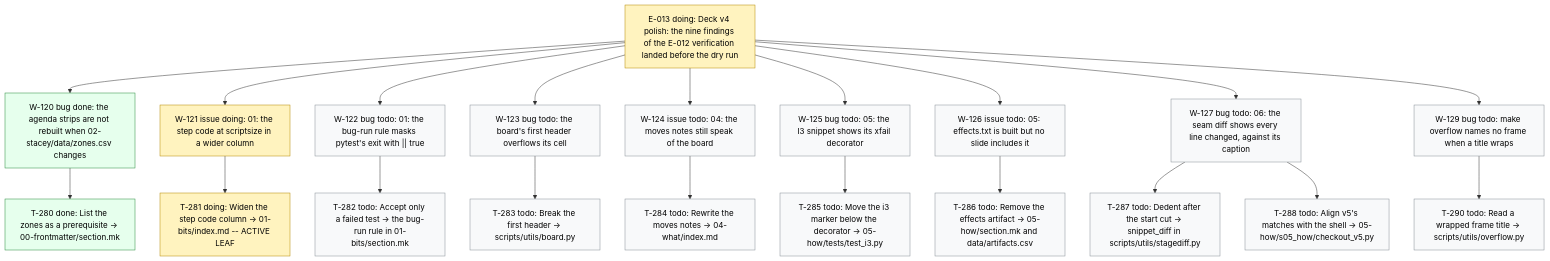
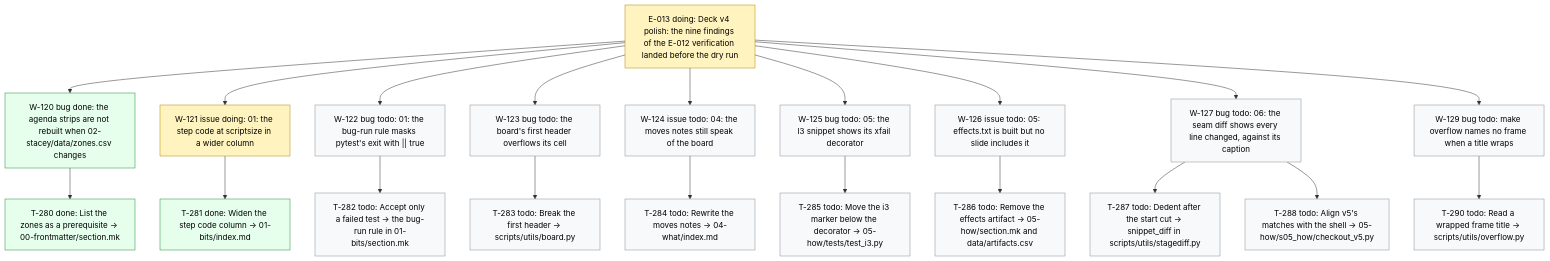
Before and after one commit to dpopchev/chaos-to-simple: the diagram in .board/BOARD.md, drawn with Mermaid. The commit also changed other lines of this file and 1 other file, not shown here.

Commit message:
chore(board): close T-281 -- W-121 ready to land
Refs: W-121 T-281

````diff
--- a/.board/BOARD.md
+++ b/.board/BOARD.md
@@ -729,31 +729,31 @@
 ```mermaid
 flowchart TD
   E013["E-013 doing: Deck v4 polish: the nine findings of the E-012 verification landed before the dry run"]
   E013 --> W120["W-120 bug done: the agenda strips are not rebuilt when 02-stacey/data/zones.csv changes"]
   W120 --> T280["T-280 done: List the zones as a prerequisite -> 00-frontmatter/section.mk"]
   E013 --> W121["W-121 issue doing: 01: the step code at scriptsize in a wider column"]
-  W121 --> T281["T-281 doing: Widen the step code column -> 01-bits/index.md -- ACTIVE LEAF"]
+  W121 --> T281["T-281 done: Widen the step code column -> 01-bits/index.md"]
   E013 --> W122["W-122 bug todo: 01: the bug-run rule masks pytest's exit with || true"]
   W122 --> T282["T-282 todo: Accept only a failed test -> the bug-run rule in 01-bits/section.mk"]
   E013 --> W123["W-123 bug todo: the board's first header overflows its cell"]
   W123 --> T283["T-283 todo: Break the first header -> scripts/utils/board.py"]
   E013 --> W124["W-124 issue todo: 04: the moves notes still speak of the board"]
   W124 --> T284["T-284 todo: Rewrite the moves notes -> 04-what/index.md"]
   E013 --> W125["W-125 bug todo: 05: the I3 snippet shows its xfail decorator"]
   W125 --> T285["T-285 todo: Move the i3 marker below the decorator -> 05-how/tests/test_i3.py"]
   E013 --> W126["W-126 issue todo: 05: effects.txt is built but no slide includes it"]
   W126 --> T286["T-286 todo: Remove the effects artifact -> 05-how/section.mk and data/artifacts.csv"]
   E013 --> W127["W-127 bug todo: 06: the seam diff shows every line changed, against its caption"]
   W127 --> T287["T-287 todo: Dedent after the start cut -> snippet_diff in scripts/utils/stagediff.py"]
   W127 --> T288["T-288 todo: Align v5's matches with the shell -> 05-how/s05_how/checkout_v5.py"]
   E013 --> W129["W-129 bug todo: make overflow names no frame when a title wraps"]
   W129 --> T290["T-290 todo: Read a wrapped frame title -> scripts/utils/overflow.py"]
   classDef doing fill:#fff3bf,stroke:#b58900,color:#000;
   classDef blocked fill:#ffe3e3,stroke:#c92a2a,color:#000;
   classDef done fill:#e6ffed,stroke:#2b8a3e,color:#000;
   classDef todo fill:#f8f9fa,stroke:#868e96,color:#000;
   classDef pruned fill:#f1f3f5,stroke:#adb5bd,color:#000;
-  class E013,W121,T281 doing
-  class W120,T280 done
+  class E013,W121 doing
+  class W120,T280,T281 done
   class W122,T282,W123,T283,W124,T284,W125,T285,W126,T286,W127,T287,T288,W129,T290 todo
 ```
````
